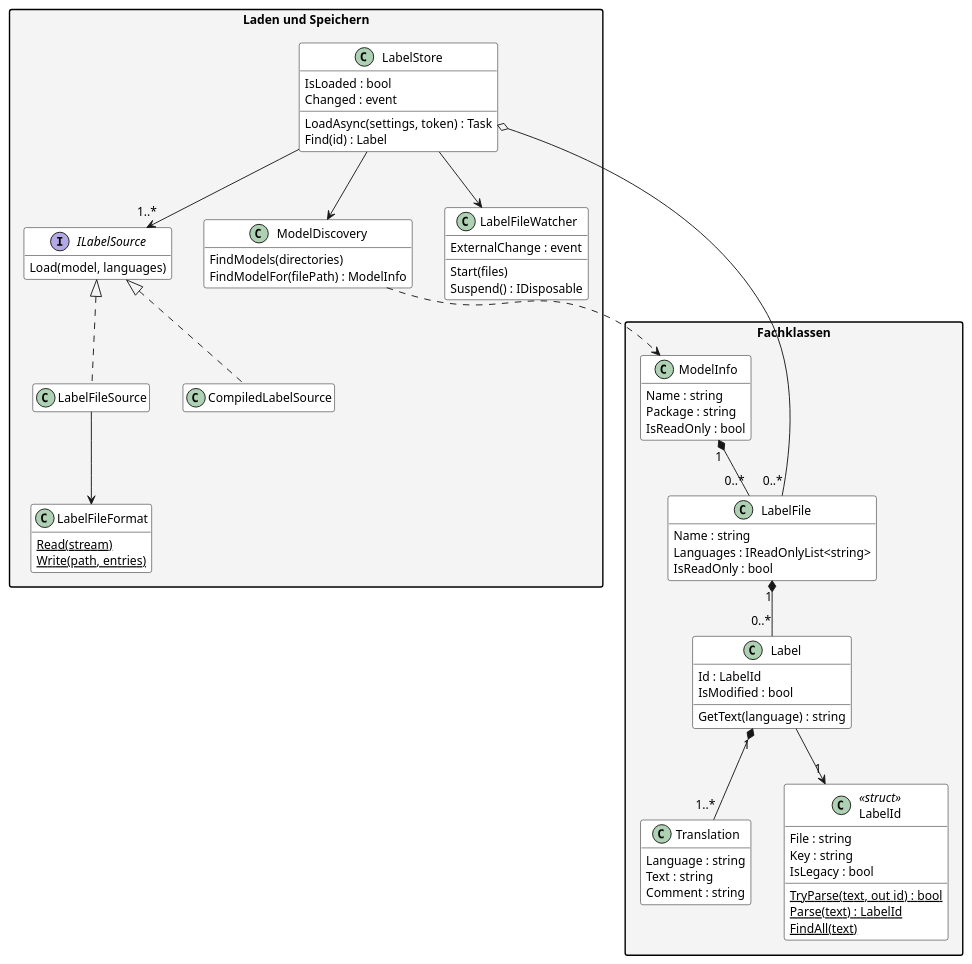
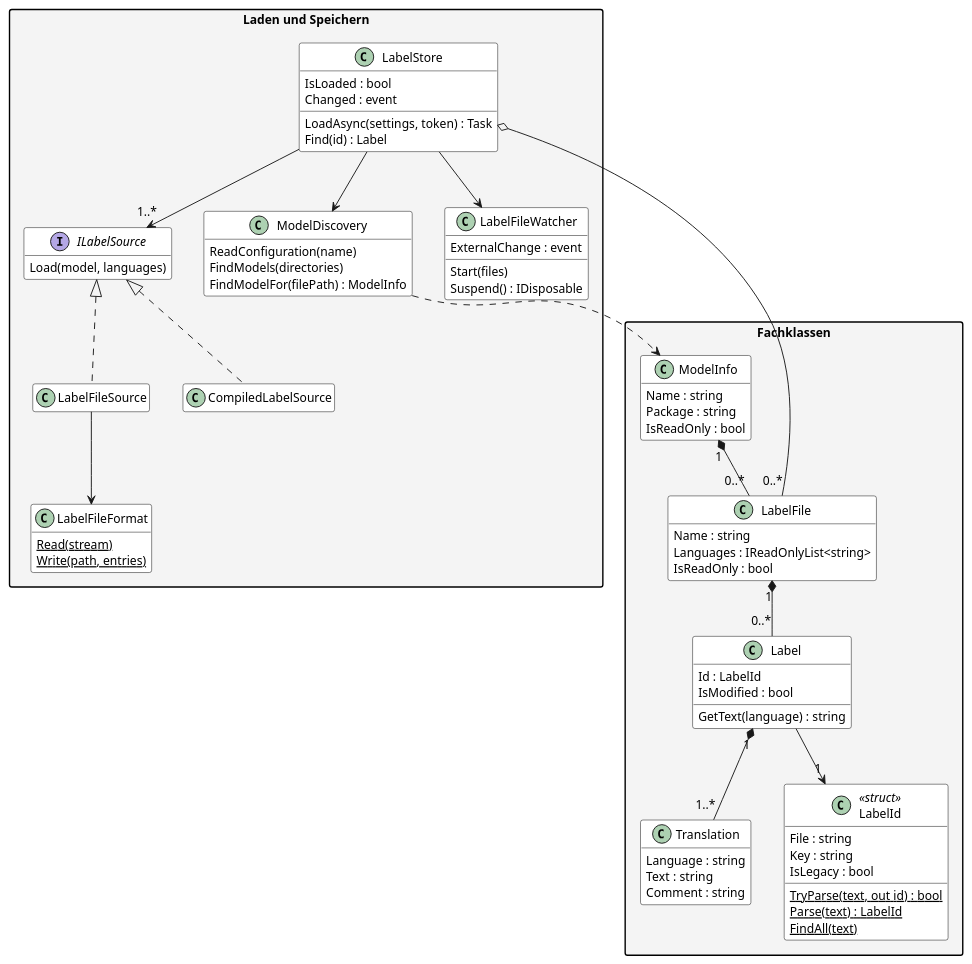
Before and after one commit to Adyrem/diploma-label-localization: the diagram in documentation/diagrams/Klassen_Laden.puml, drawn with PlantUML. The commit also changed 13 other files, not shown here.

```diff
--- a/documentation/diagrams/Klassen_Laden.puml
+++ b/documentation/diagrams/Klassen_Laden.puml
@@ -1,89 +1,90 @@
 @startuml
 ' Klassenmodell der Kernlogik, Teil 1: Fachklassen, Laden und Speichern.
 ' Rendern: plantuml -tpng -charset UTF-8 Klassen_Laden.puml
 
 skinparam defaultFontSize 13
 skinparam classAttributeIconSize 0
 skinparam shadowing false
 skinparam packageStyle rectangle
 skinparam class {
   BackgroundColor White
   BorderColor Black
 }
 skinparam package {
   BackgroundColor #F4F4F4
 }
 hide empty members
 
 package "Laden und Speichern" {
   class LabelStore {
     IsLoaded : bool
     Changed : event
     LoadAsync(settings, token) : Task
     Find(id) : Label
   }
   class ModelDiscovery {
+    ReadConfiguration(name)
     FindModels(directories)
     FindModelFor(filePath) : ModelInfo
   }
   interface ILabelSource {
     Load(model, languages)
   }
   class LabelFileSource
   class CompiledLabelSource
   class LabelFileFormat {
     {static} Read(stream)
     {static} Write(path, entries)
   }
   class LabelFileWatcher {
     ExternalChange : event
     Start(files)
     Suspend() : IDisposable
   }
 }
 
 package "Fachklassen" {
   class ModelInfo {
     Name : string
     Package : string
     IsReadOnly : bool
   }
   class LabelFile {
     Name : string
     Languages : IReadOnlyList<string>
     IsReadOnly : bool
   }
   class Label {
     Id : LabelId
     IsModified : bool
     GetText(language) : string
   }
   class Translation {
     Language : string
     Text : string
     Comment : string
   }
   class LabelId <<struct>> {
     File : string
     Key : string
     IsLegacy : bool
     {static} TryParse(text, out id) : bool
     {static} Parse(text) : LabelId
     {static} FindAll(text)
   }
 }
 
 LabelStore --> ModelDiscovery
 LabelStore --> "1..*" ILabelSource
 LabelStore --> LabelFileWatcher
 ILabelSource <|.. LabelFileSource
 ILabelSource <|.. CompiledLabelSource
 LabelFileSource --> LabelFileFormat
 
 LabelStore o-- "0..*" LabelFile
 ModelDiscovery ..> ModelInfo
 ModelInfo "1" *-- "0..*" LabelFile
 LabelFile "1" *-- "0..*" Label
 Label "1" *-- "1..*" Translation
 Label --> "1" LabelId
 @enduml
```
